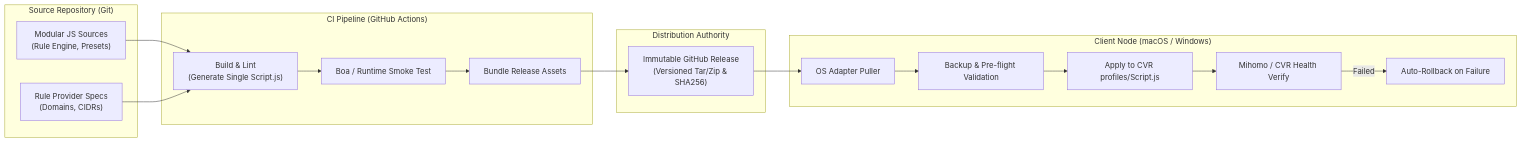
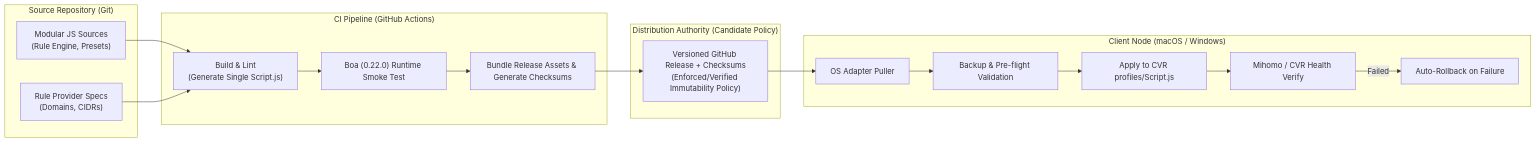
Before and after one commit to carllx/clash-fleet: the diagram in docs/research/clash-fleet-architecture-survey.md, drawn with Mermaid. The commit also changed other lines of this file, not shown here.

Commit message:
docs(research): address browser lead review feedback on architecture survey

````diff
--- a/docs/research/clash-fleet-architecture-survey.md
+++ b/docs/research/clash-fleet-architecture-survey.md
@@ -68,31 +87,31 @@
 ```mermaid
 flowchart LR
     subgraph Repo["Source Repository (Git)"]
         Src["Modular JS Sources\n(Rule Engine, Presets)"]
         Rules["Rule Provider Specs\n(Domains, CIDRs)"]
     end
 
     subgraph CI["CI Pipeline (GitHub Actions)"]
         Build["Build & Lint\n(Generate Single Script.js)"]
-        Test["Boa / Runtime Smoke Test"]
-        Pack["Bundle Release Assets"]
+        Test["Boa (0.22.0) Runtime Smoke Test"]
+        Pack["Bundle Release Assets & Generate Checksums"]
     end
 
-    subgraph Release["Distribution Authority"]
-        GHRelease["Immutable GitHub Release\n(Versioned Tar/Zip & SHA256)"]
+    subgraph Release["Distribution Authority (Candidate Policy)"]
+        GHRelease["Versioned GitHub Release + Checksums\n(Enforced/Verified Immutability Policy)"]
     end
 
     subgraph Device["Client Node (macOS / Windows)"]
         Pull["OS Adapter Puller"]
         Safe["Backup & Pre-flight Validation"]
         Apply["Apply to CVR profiles/Script.js"]
         Verify["Mihomo / CVR Health Verify"]
         Rollback["Auto-Rollback on Failure"]
     end
 
     Src --> Build
     Rules --> Build
     Build --> Test --> Pack --> GHRelease
     GHRelease --> Pull --> Safe --> Apply --> Verify
     Verify -- Failed --> Rollback
 ```
````
